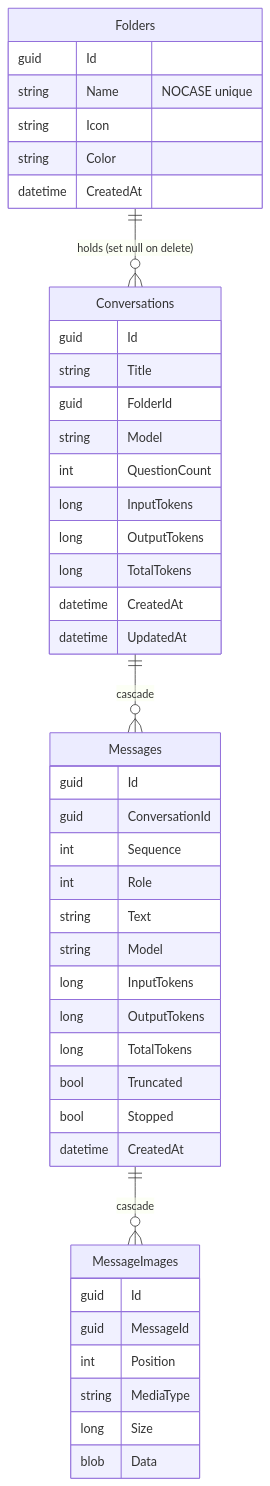
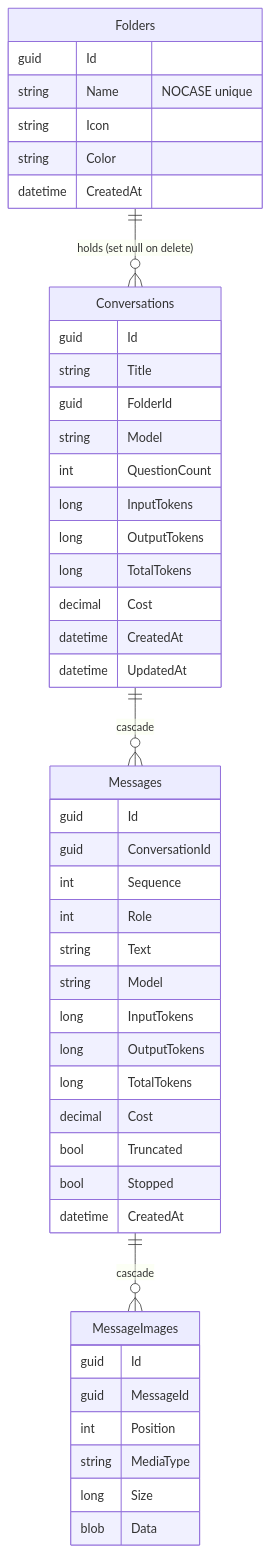
Before and after one commit to SamuelHdez/DotNextAI: the diagram in docs/specs/feature-saved-chats.md, drawn with Mermaid. The commit also changed other lines of this file and 47 other files, not shown here.

````diff
--- a/docs/specs/feature-saved-chats.md
+++ b/docs/specs/feature-saved-chats.md
@@ -46,10 +46,10 @@
 ```mermaid
 erDiagram
     Folders ||--o{ Conversations : "holds (set null on delete)"
     Conversations ||--o{ Messages : "cascade"
     Messages ||--o{ MessageImages : "cascade"
     Folders { guid Id string Name "NOCASE unique" string Icon string Color datetime CreatedAt }
-    Conversations { guid Id string Title guid FolderId string Model int QuestionCount long InputTokens long OutputTokens long TotalTokens datetime CreatedAt datetime UpdatedAt }
-    Messages { guid Id guid ConversationId int Sequence int Role string Text string Model long InputTokens long OutputTokens long TotalTokens bool Truncated bool Stopped datetime CreatedAt }
+    Conversations { guid Id string Title guid FolderId string Model int QuestionCount long InputTokens long OutputTokens long TotalTokens decimal Cost datetime CreatedAt datetime UpdatedAt }
+    Messages { guid Id guid ConversationId int Sequence int Role string Text string Model long InputTokens long OutputTokens long TotalTokens decimal Cost bool Truncated bool Stopped datetime CreatedAt }
     MessageImages { guid Id guid MessageId int Position string MediaType long Size blob Data }
 ```
````
